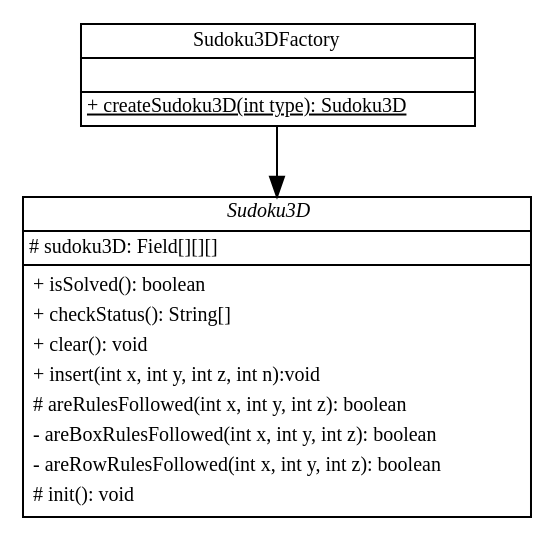
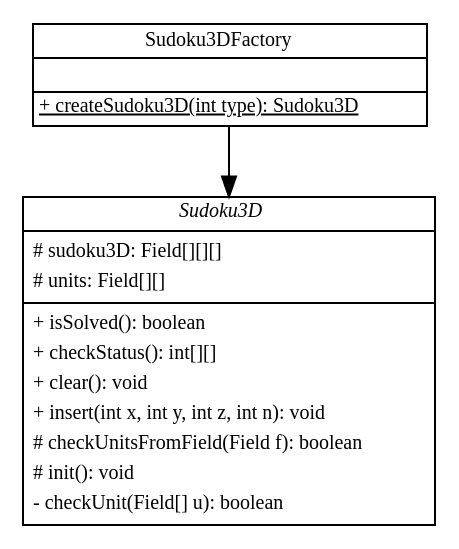
Before and after one commit to Mavpotter/Sudoku3D: the diagram in doc/classdiagram.dot, drawn with Graphviz.

Commit message:
abstract Sudoku3D improved

```diff
--- a/doc/classdiagram.dot
+++ b/doc/classdiagram.dot
@@ -1,63 +1,67 @@
 digraph G {
     fontname = "Bitstream Vera Sans"
     fontsize = 8
 
     node [
         fontname = "Bitstream Vera Sans"
         fontsize = 10
         shape = none width=0 height=0 margin=0
     ]
 
     edge [
         fontname = "Bitstream Vera Sans"
         fontsize = 10
     ]
 
     subgraph packagemodel{
 
         sudoku3dfactory [
             label =
             <<table border="0" cellspacing="0" cellborder="1">
                 <tr>
                     <td>Sudoku3DFactory</td>
                 </tr>
                 <tr>
                     <td>
                     </td>
                 </tr>
                 <tr>
                     <td><u>+ createSudoku3D(int type): Sudoku3D</u></td>
                 </tr>
             </table>>
         ]
 
         sudoku3d [
             label =
             <<table border="0" cellspacing="0" cellborder="1">
                 <tr>
                     <td><i>Sudoku3D</i></td>
                 </tr>
                 <tr>
-                    <td align="left"># sudoku3D: Field[][][]</td>
+                    <td>
+                        <table border="0" cellspacing="0" cellborder="0">
+                            <tr><td align="left"># sudoku3D: Field[][][]</td></tr>
+                            <tr><td align="left"># units: Field[][]</td></tr>
+                        </table>
+                    </td>
                 </tr>
                 <tr>
                     <td>
                         <table border="0" cellspacing="0" cellborder="0">
                             <tr><td align="left">+ isSolved(): boolean</td></tr>
-                            <tr><td align="left">+ checkStatus(): String[]</td></tr>
+                            <tr><td align="left">+ checkStatus(): int[][]</td></tr>
                             <tr><td align="left">+ clear(): void</td></tr>
-                            <tr><td align="left">+ insert(int x, int y, int z, int n):void</td></tr>
-                            <tr><td align="left"># areRulesFollowed(int x, int y, int z): boolean</td></tr>
-                            <tr><td align="left">- areBoxRulesFollowed(int x, int y, int z): boolean</td></tr>
-                            <tr><td align="left">- areRowRulesFollowed(int x, int y, int z): boolean</td></tr>
+                            <tr><td align="left">+ insert(int x, int y, int z, int n): void</td></tr>
+                            <tr><td align="left"># checkUnitsFromField(Field f): boolean</td></tr>
                             <tr><td align="left"># init(): void</td></tr>
+                            <tr><td align="left">- checkUnit(Field[] u): boolean</td></tr>
                         </table>
                     </td>
                 </tr>
             </table>>
         ]
 
         sudoku3dfactory -> sudoku3d
 
     }
 }
```
